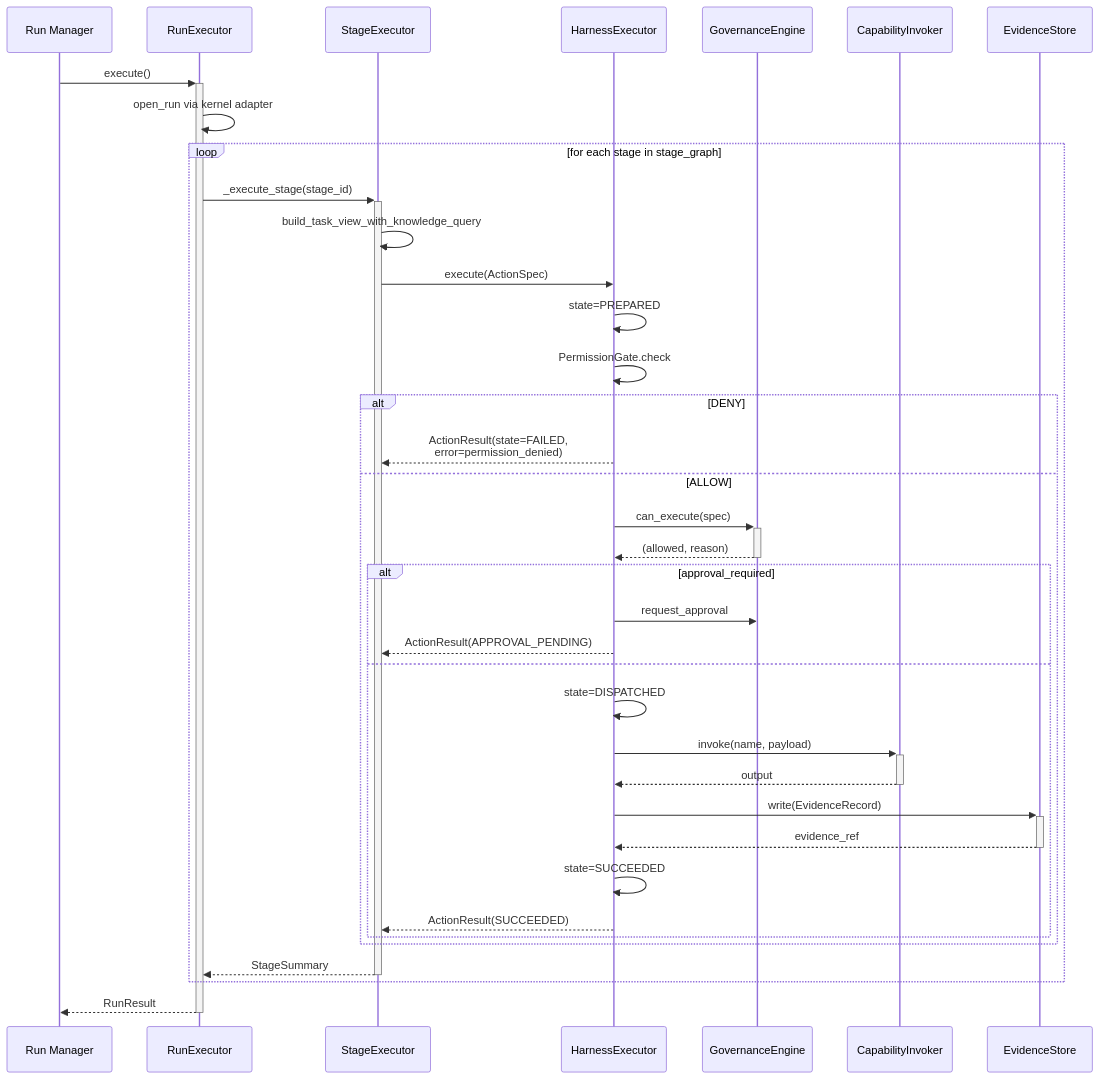
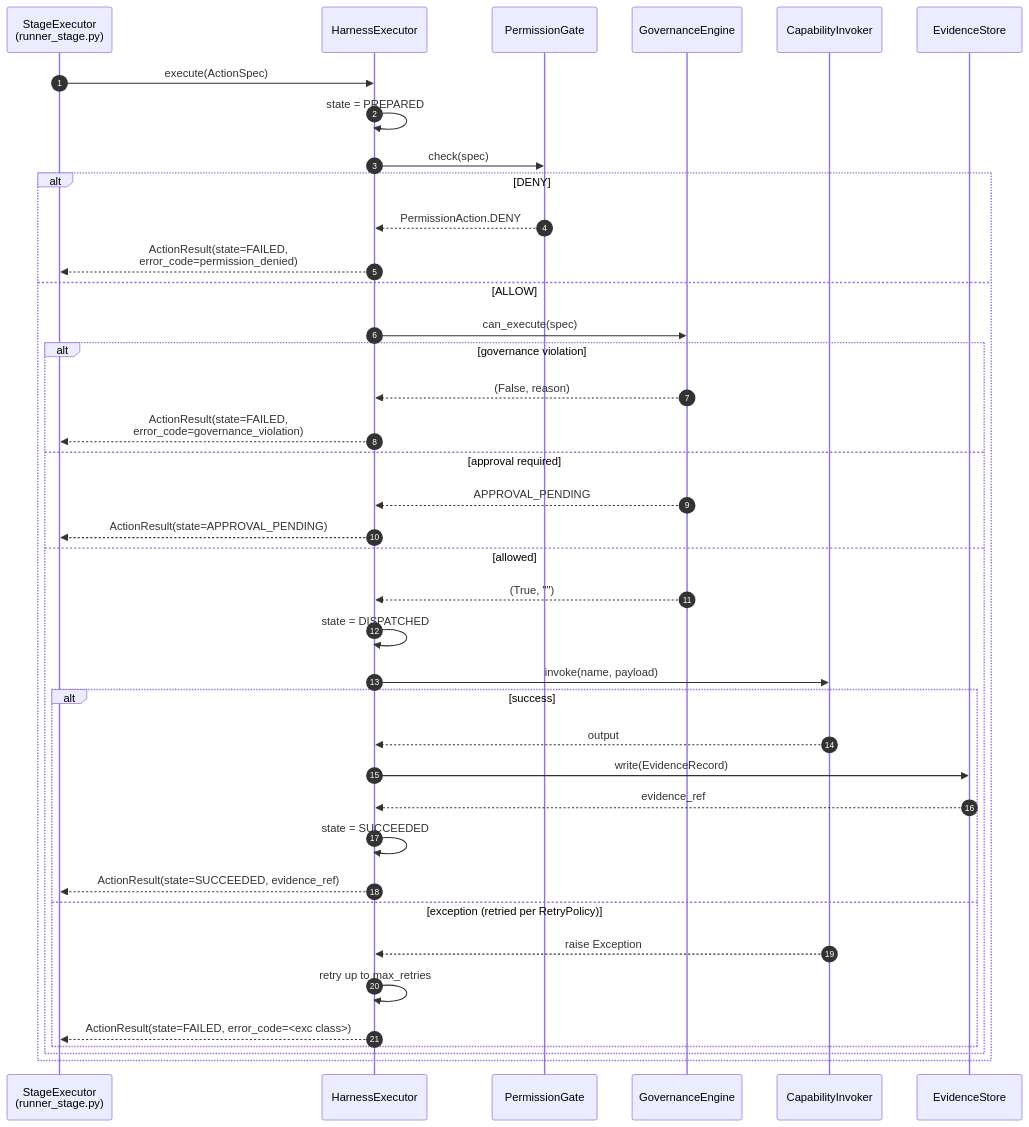
One commit to chaosxingxc-orion/hi-agent changed the fourth of 5 diagrams in hi_agent/runtime/ARCHITECTURE.md. Above: the diagram before and after it, drawn with Mermaid. The commit also changed other lines of this file and 25 other files, not shown here.

First line of the commit message:
[W35-corrective] Refresh ARCHITECTURE.md hierarchy + add missing READMEs

````diff
--- a/hi_agent/runtime/ARCHITECTURE.md
+++ b/hi_agent/runtime/ARCHITECTURE.md
@@ -83,40 +205,42 @@
 ```mermaid
 sequenceDiagram
-    participant Client as Run Manager
-    participant RE as RunExecutor
-    participant SE as StageExecutor
+    autonumber
+    participant SE as StageExecutor<br/>(runner_stage.py)
     participant HE as HarnessExecutor
-    participant Gov as GovernanceEngine
+    participant PG as PermissionGate
+    participant GE as GovernanceEngine
     participant CI as CapabilityInvoker
     participant ES as EvidenceStore
 
-    Client->>+RE: execute()
-    RE->>RE: open_run via kernel adapter
-    loop for each stage in stage_graph
-        RE->>+SE: _execute_stage(stage_id)
-        SE->>SE: build_task_view_with_knowledge_query
-        SE->>HE: execute(ActionSpec)
-        HE->>HE: state=PREPARED
-        HE->>HE: PermissionGate.check
-        alt DENY
-            HE-->>SE: ActionResult(state=FAILED,<br/>error=permission_denied)
-        else ALLOW
-            HE->>+Gov: can_execute(spec)
-            Gov-->>-HE: (allowed, reason)
-            alt approval_required
-                HE->>Gov: request_approval
-                HE-->>SE: ActionResult(APPROVAL_PENDING)
-            else
-                HE->>HE: state=DISPATCHED
-                HE->>+CI: invoke(name, payload)
-                CI-->>-HE: output
-                HE->>+ES: write(EvidenceRecord)
-                ES-->>-HE: evidence_ref
-                HE->>HE: state=SUCCEEDED
-                HE-->>SE: ActionResult(SUCCEEDED)
+    SE->>HE: execute(ActionSpec)
+    HE->>HE: state = PREPARED
+    HE->>PG: check(spec)
+    alt DENY
+        PG-->>HE: PermissionAction.DENY
+        HE-->>SE: ActionResult(state=FAILED,<br/>error_code=permission_denied)
+    else ALLOW
+        HE->>GE: can_execute(spec)
+        alt governance violation
+            GE-->>HE: (False, reason)
+            HE-->>SE: ActionResult(state=FAILED,<br/>error_code=governance_violation)
+        else approval required
+            GE-->>HE: APPROVAL_PENDING
+            HE-->>SE: ActionResult(state=APPROVAL_PENDING)
+        else allowed
+            GE-->>HE: (True, "")
+            HE->>HE: state = DISPATCHED
+            HE->>CI: invoke(name, payload)
+            alt success
+                CI-->>HE: output
+                HE->>ES: write(EvidenceRecord)
+                ES-->>HE: evidence_ref
+                HE->>HE: state = SUCCEEDED
+                HE-->>SE: ActionResult(state=SUCCEEDED, evidence_ref)
+            else exception (retried per RetryPolicy)
+                CI-->>HE: raise Exception
+                HE->>HE: retry up to max_retries
+                HE-->>SE: ActionResult(state=FAILED, error_code=<exc class>)
             end
         end
-        SE-->>-RE: StageSummary
     end
-    RE-->>-Client: RunResult
 ```
````
